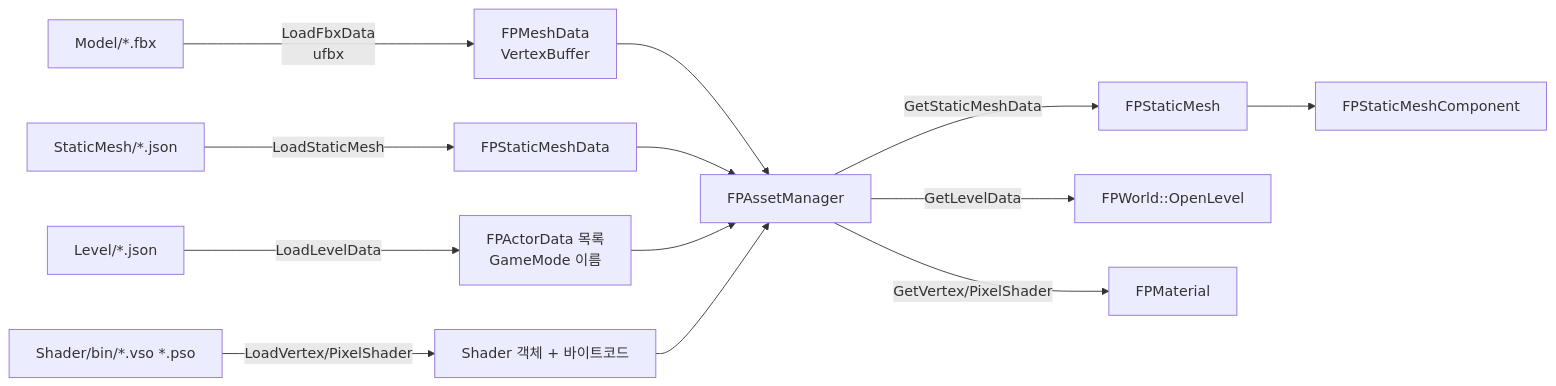
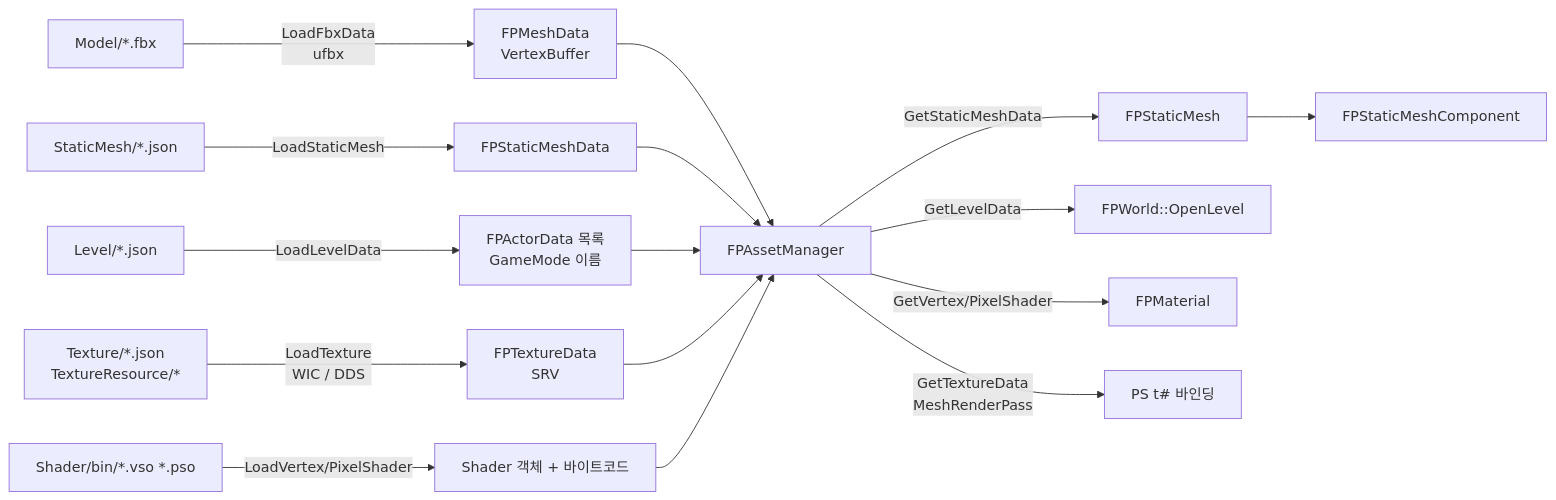
One commit to Gat-Young/ForestPearlEngine changed diagram 12 of 13 in README.md. Above: the diagram before and after it, drawn with Mermaid. The commit also changed other lines of this file and 1 other file, not shown here.

````diff
--- a/README.md
+++ b/README.md
@@ -1046,14 +1153,17 @@
 ```mermaid
 flowchart LR
     FBX["Model/*.fbx"] -->|"LoadFbxData<br/>ufbx"| MD["FPMeshData<br/>VertexBuffer"]
     SMJ["StaticMesh/*.json"] -->|"LoadStaticMesh"| SMD["FPStaticMeshData"]
     LVJ["Level/*.json"] -->|"LoadLevelData"| LVD["FPActorData 목록<br/>GameMode 이름"]
+    TXJ["Texture/*.json<br/>TextureResource/*"] -->|"LoadTexture<br/>WIC / DDS"| TXD["FPTextureData<br/>SRV"]
     SH["Shader/bin/*.vso *.pso"] -->|"LoadVertex/PixelShader"| SHD["Shader 객체 + 바이트코드"]
     MD --> AM["FPAssetManager"]
     SMD --> AM
     LVD --> AM
+    TXD --> AM
     SHD --> AM
     AM -->|"GetStaticMeshData"| SMO["FPStaticMesh"] --> SMC["FPStaticMeshComponent"]
     AM -->|"GetLevelData"| W["FPWorld::OpenLevel"]
     AM -->|"GetVertex/PixelShader"| MAT["FPMaterial"]
+    AM -->|"GetTextureData<br/>MeshRenderPass"| TXR["PS t# 바인딩"]
 ```
````
